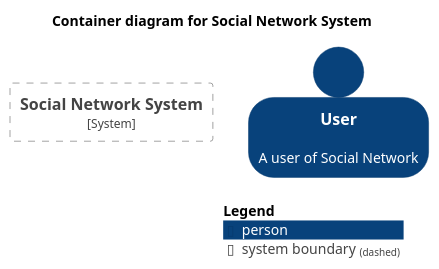
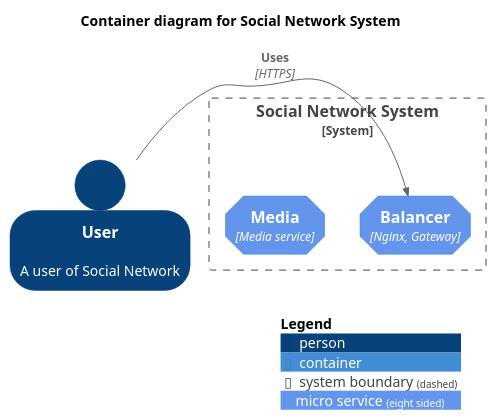
The diagram in database/C4Model/container.puml (AlexSkolnik/social_network_system_design), drawn with PlantUML before and after one commit. The commit also changed 1 other file, not shown here.

```diff
--- a/database/C4Model/container.puml
+++ b/database/C4Model/container.puml
@@ -1,43 +1,43 @@
 @startuml "messagebus"
 !include https://raw.githubusercontent.com/plantuml-stdlib/C4-PlantUML/master/C4_Container.puml
 ' uncomment the following line and comment the first to use locally
 ' !include C4_Container.puml
 
 AddElementTag("microService", $shape=EightSidedShape(), $bgColor="CornflowerBlue", $fontColor="white", $legendText="micro service\neight sided")
 AddElementTag("storage", $shape=RoundedBoxShape(), $bgColor="lightSkyBlue", $fontColor="white")
 
 SHOW_PERSON_OUTLINE()
 
 title Container diagram for Social Network System
 
 Person(user, User, "A user of Social Network")
 
 System_Boundary(c1, "Social Network System") {
-    ' Container(app, "User Application", "Javascript, Angular", "Allows users to manage their profile")
-    ' Container(user_service, "User Service", "Java, Spring Boot", "The point of access for user information", $tags = "microService")
+     Container(balancer, "Balancer", "Nginx, Gateway", "", $tags = "microService")
+     Container(media_service, "Media", "Media service", "", $tags = "microService")
     ' Container(message_bus, "Message Bus", "RabbitMQ", "Transport for business events")
     ' Container(reporting_service, "Reporting Service", "Ruby", "Creates normalised data for reporting purposes", $tags = "microService")
     ' Container(audit_service, "Audit Service", "C#/.NET", "Provides organisation-wide auditing facilities", $tags = "microService")
     ' ContainerDb(user_db, "User Database", "Oracle 12c", "Stores user information", $tags = "storage")
     ' ContainerDb(reporting_db, "Reporting Database", "MySQL", "Stores a normalized version of all business data for ad hoc reporting purposes", $tags = "storage")
     ' Container(audit_store, "Audit Store", "Event Store", "Stores information about events that have happened", $tags = "storage")
 }
 
-' Rel_D(user, app, "Uses", "HTTPS")
+Rel_R(user, balancer, "Uses", "HTTPS")
 
 ' Rel_D(app, user_service, "Updates user information using", "async, JSON/HTTPS")
 
 ' Rel_U(user_service, app, "Sends events to", "WebSocket")
 ' Rel_U(user_service, message_bus, "Sends user update events to")
 ' Rel(user_service, user_db, "Stores data in", "JDBC")
 
 ' Rel(message_bus, reporting_service, "Sends user update events to")
 ' Rel(message_bus, audit_service, "Sends user update events to")
 
 ' Rel(reporting_service, reporting_db, "Stores data in")
 ' Rel(audit_service, audit_store, "Stores events in")
 
 ' Lay_R(reporting_service, audit_service)
 
 SHOW_LEGEND()
 @enduml
```
